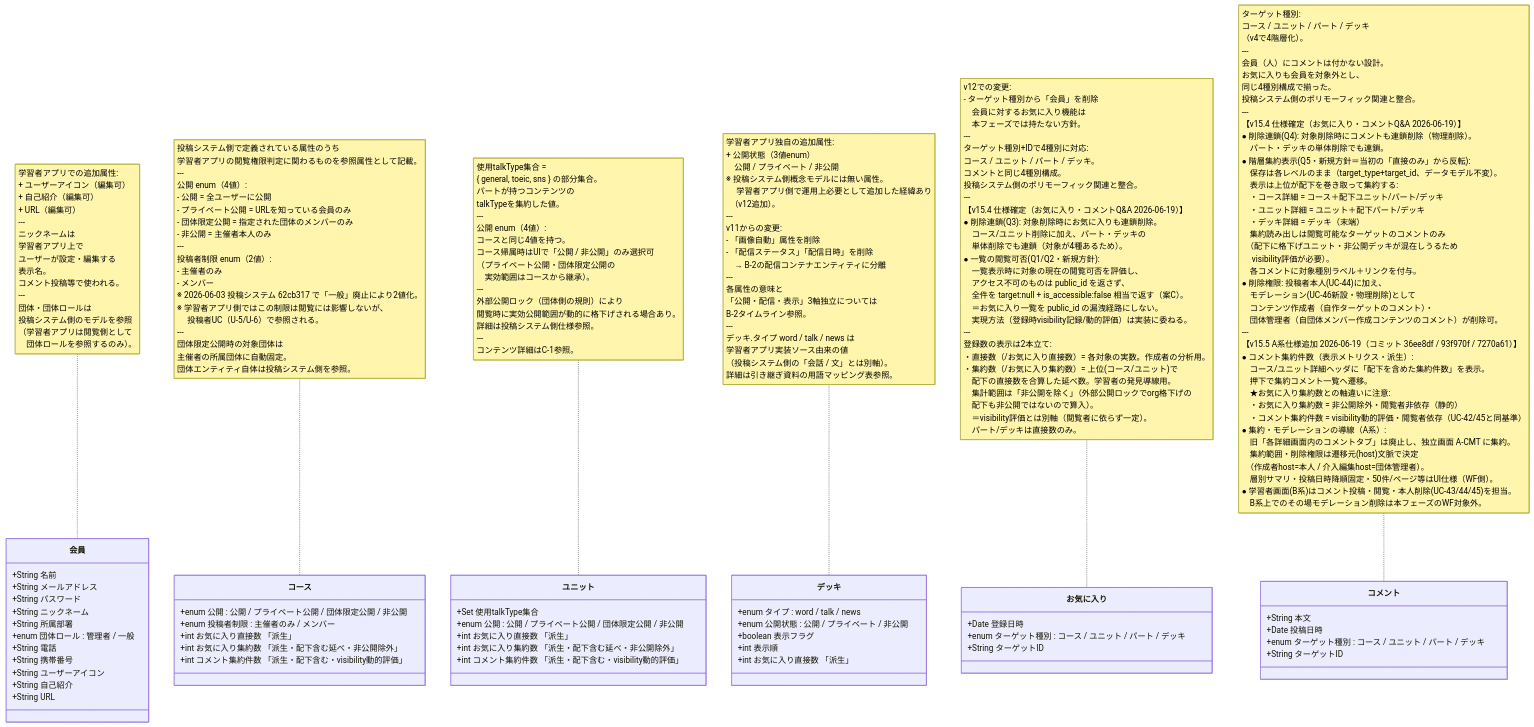
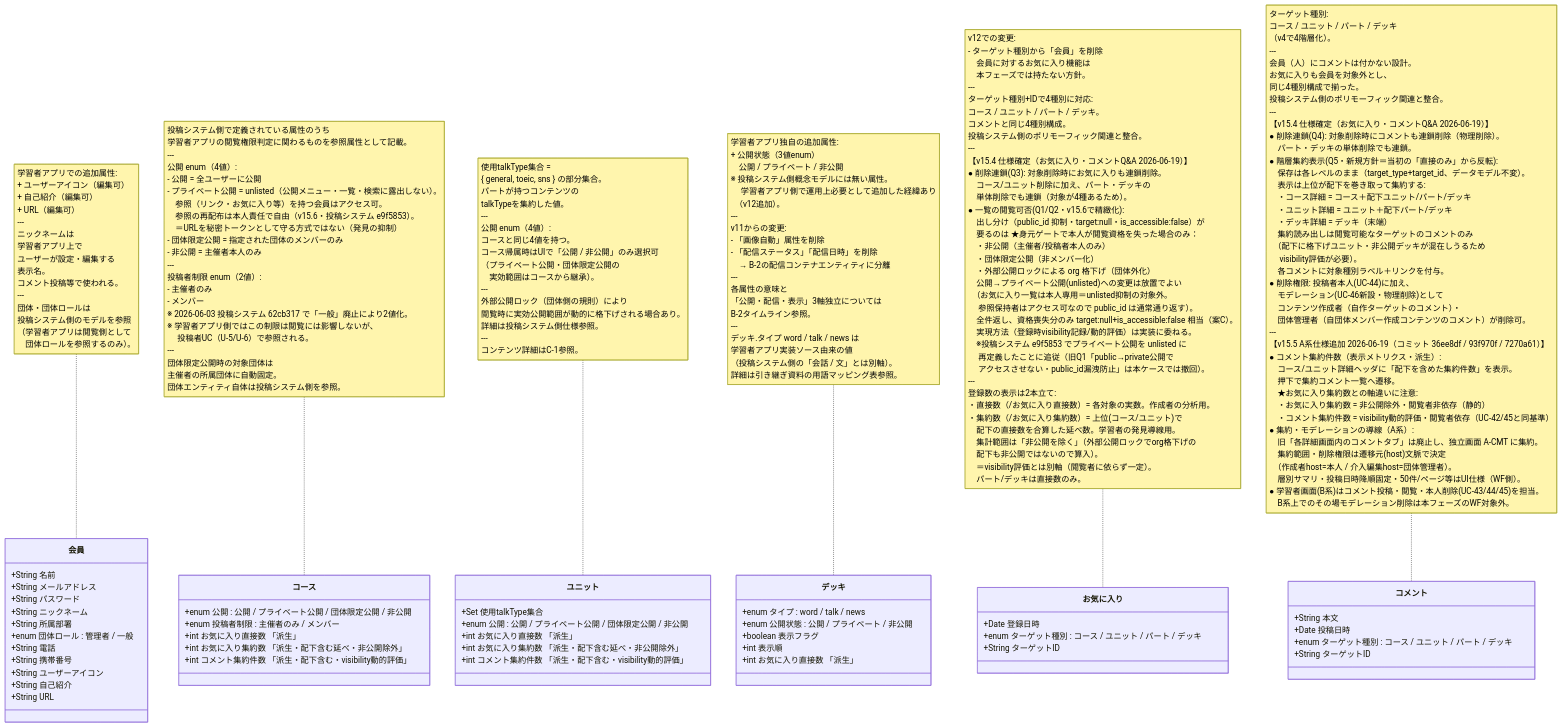
One commit to topicmaker-git/Pages changed the diagram in choi/学習者アプリ_概念モデル/学習者アプリ_概念モデル図_B0_既存エンティティ差分.mmd. Above: the diagram before and after it, drawn with Mermaid. The commit also changed 8 other files, not shown here.

```diff
--- a/choi/学習者アプリ_概念モデル/学習者アプリ_概念モデル図_B0_既存エンティティ差分.mmd
+++ b/choi/学習者アプリ_概念モデル/学習者アプリ_概念モデル図_B0_既存エンティティ差分.mmd
@@ -1,65 +1,65 @@
 classDiagram
 direction TB
 
 class 会員 {
     +String 名前
     +String メールアドレス
     +String パスワード
     +String ニックネーム
     +String 所属部署
     +enum 団体ロール : 管理者 / 一般
     +String 電話
     +String 携帯番号
     +String ユーザーアイコン
     +String 自己紹介
     +String URL
 }
 
 class コース {
     +enum 公開 : 公開 / プライベート公開 / 団体限定公開 / 非公開
     +enum 投稿者制限 : 主催者のみ / メンバー
     +int お気に入り直接数 「派生」
     +int お気に入り集約数 「派生・配下含む延べ・非公開除外」
     +int コメント集約件数 「派生・配下含む・visibility動的評価」
 }
 
 class ユニット {
     +Set 使用talkType集合
     +enum 公開 : 公開 / プライベート公開 / 団体限定公開 / 非公開
     +int お気に入り直接数 「派生」
     +int お気に入り集約数 「派生・配下含む延べ・非公開除外」
     +int コメント集約件数 「派生・配下含む・visibility動的評価」
 }
 
 class デッキ {
     +enum タイプ : word / talk / news
     +enum 公開状態 : 公開 / プライベート / 非公開
     +boolean 表示フラグ
     +int 表示順
     +int お気に入り直接数 「派生」
 }
 
 class お気に入り {
     +Date 登録日時
     +enum ターゲット種別 : コース / ユニット / パート / デッキ
     +String ターゲットID
 }
 
 class コメント {
     +String 本文
     +Date 投稿日時
     +enum ターゲット種別 : コース / ユニット / パート / デッキ
     +String ターゲットID
 }
 
 note for 会員 "学習者アプリでの追加属性:<br>+ ユーザーアイコン（編集可）<br>+ 自己紹介（編集可）<br>+ URL（編集可）<br>---<br>ニックネームは<br>学習者アプリ上で<br>ユーザーが設定・編集する<br>表示名。<br>コメント投稿等で使われる。<br>---<br>団体・団体ロールは<br>投稿システム側のモデルを参照<br>（学習者アプリは閲覧側として<br>　団体ロールを参照するのみ）。"
 
-note for コース "投稿システム側で定義されている属性のうち<br>学習者アプリの閲覧権限判定に関わるものを参照属性として記載。<br>---<br>公開 enum（4値）:<br>- 公開 = 全ユーザーに公開<br>- プライベート公開 = URLを知っている会員のみ<br>- 団体限定公開 = 指定された団体のメンバーのみ<br>- 非公開 = 主催者本人のみ<br>---<br>投稿者制限 enum（2値）:<br>- 主催者のみ<br>- メンバー<br>※ 2026-06-03 投稿システム 62cb317 で「一般」廃止により2値化。<br>※ 学習者アプリ側ではこの制限は閲覧には影響しないが、<br>　 投稿者UC（U-5/U-6）で参照される。<br>---<br>団体限定公開時の対象団体は<br>主催者の所属団体に自動固定。<br>団体エンティティ自体は投稿システム側を参照。"
+note for コース "投稿システム側で定義されている属性のうち<br>学習者アプリの閲覧権限判定に関わるものを参照属性として記載。<br>---<br>公開 enum（4値）:<br>- 公開 = 全ユーザーに公開<br>- プライベート公開 = unlisted（公開メニュー・一覧・検索に露出しない）。<br>　参照（リンク・お気に入り等）を持つ会員はアクセス可。<br>　参照の再配布は本人責任で自由（v15.6・投稿システム e9f5853）。<br>　＝URLを秘密トークンとして守る方式ではない（発見の抑制）<br>- 団体限定公開 = 指定された団体のメンバーのみ<br>- 非公開 = 主催者本人のみ<br>---<br>投稿者制限 enum（2値）:<br>- 主催者のみ<br>- メンバー<br>※ 2026-06-03 投稿システム 62cb317 で「一般」廃止により2値化。<br>※ 学習者アプリ側ではこの制限は閲覧には影響しないが、<br>　 投稿者UC（U-5/U-6）で参照される。<br>---<br>団体限定公開時の対象団体は<br>主催者の所属団体に自動固定。<br>団体エンティティ自体は投稿システム側を参照。"
 
 note for ユニット "使用talkType集合 =<br>{ general, toeic, sns } の部分集合。<br>パートが持つコンテンツの<br>talkTypeを集約した値。<br>---<br>公開 enum（4値）:<br>コースと同じ4値を持つ。<br>コース帰属時はUIで「公開 / 非公開」のみ選択可<br>（プライベート公開・団体限定公開の<br>　実効範囲はコースから継承）。<br>---<br>外部公開ロック（団体側の規則）により<br>閲覧時に実効公開範囲が動的に格下げされる場合あり。<br>詳細は投稿システム側仕様参照。<br>---<br>コンテンツ詳細はC-1参照。"
 
 note for デッキ "学習者アプリ独自の追加属性:<br>+ 公開状態（3値enum）<br>　公開 / プライベート / 非公開<br>※ 投稿システム側概念モデルには無い属性。<br>　 学習者アプリ側で運用上必要として追加した経緯あり<br>　（v12追加）。<br>---<br>v11からの変更:<br>- 「画像自動」属性を削除<br>- 「配信ステータス」「配信日時」を削除<br>　→ B-2の配信コンテナエンティティに分離<br>---<br>各属性の意味と<br>「公開・配信・表示」3軸独立については<br>B-2タイムライン参照。<br>---<br>デッキ.タイプ word / talk / news は<br>学習者アプリ実装ソース由来の値<br>（投稿システム側の「会話 / 文」とは別軸）。<br>詳細は引き継ぎ資料の用語マッピング表参照。"
 
-note for お気に入り "v12での変更:<br>- ターゲット種別から「会員」を削除<br>　会員に対するお気に入り機能は<br>　本フェーズでは持たない方針。<br>---<br>ターゲット種別+IDで4種別に対応:<br>コース / ユニット / パート / デッキ。<br>コメントと同じ4種別構成。<br>投稿システム側のポリモーフィック関連と整合。<br>---<br>【v15.4 仕様確定（お気に入り・コメントQ&A 2026-06-19）】<br>● 削除連鎖(Q3): 対象削除時にお気に入りも連鎖削除。<br>　コース/ユニット削除に加え、パート・デッキの<br>　単体削除でも連鎖（対象が4種あるため）。<br>● 一覧の閲覧可否(Q1/Q2・新規方針):<br>　一覧表示時に対象の現在の閲覧可否を評価し、<br>　アクセス不可のものは public_id を返さず、<br>　全件を target:null + is_accessible:false 相当で返す（案C）。<br>　＝お気に入り一覧を public_id の漏洩経路にしない。<br>　実現方法（登録時visibility記録/動的評価）は実装に委ねる。<br>---<br>登録数の表示は2本立て:<br>・直接数（/お気に入り直接数）= 各対象の実数。作成者の分析用。<br>・集約数（/お気に入り集約数）= 上位(コース/ユニット)で<br>　配下の直接数を合算した延べ数。学習者の発見導線用。<br>　集計範囲は「非公開を除く」（外部公開ロックでorg格下げの<br>　配下も非公開ではないので算入）。<br>　＝visibility評価とは別軸（閲覧者に依らず一定）。<br>　パート/デッキは直接数のみ。"
+note for お気に入り "v12での変更:<br>- ターゲット種別から「会員」を削除<br>　会員に対するお気に入り機能は<br>　本フェーズでは持たない方針。<br>---<br>ターゲット種別+IDで4種別に対応:<br>コース / ユニット / パート / デッキ。<br>コメントと同じ4種別構成。<br>投稿システム側のポリモーフィック関連と整合。<br>---<br>【v15.4 仕様確定（お気に入り・コメントQ&A 2026-06-19）】<br>● 削除連鎖(Q3): 対象削除時にお気に入りも連鎖削除。<br>　コース/ユニット削除に加え、パート・デッキの<br>　単体削除でも連鎖（対象が4種あるため）。<br>● 一覧の閲覧可否(Q1/Q2・v15.6で精緻化):<br>　出し分け（public_id 抑制・target:null・is_accessible:false）が<br>　要るのは ★身元ゲートで本人が閲覧資格を失った場合のみ：<br>　・非公開（主催者/投稿者本人のみ）<br>　・団体限定公開（非メンバー化）<br>　・外部公開ロックによる org 格下げ（団体外化）<br>　公開→プライベート公開(unlisted)への変更は放置でよい<br>　（お気に入り一覧は本人専用＝unlisted抑制の対象外。<br>　 参照保持者はアクセス可なので public_id は通常通り返す）。<br>　全件返し、資格喪失分のみ target:null+is_accessible:false 相当（案C）。<br>　実現方法（登録時visibility記録/動的評価）は実装に委ねる。<br>　※投稿システム e9f5853 でプライベート公開を unlisted に<br>　 再定義したことに追従（旧Q1「public→private公開で<br>　 アクセスさせない・public_id漏洩防止」は本ケースでは撤回）。<br>---<br>登録数の表示は2本立て:<br>・直接数（/お気に入り直接数）= 各対象の実数。作成者の分析用。<br>・集約数（/お気に入り集約数）= 上位(コース/ユニット)で<br>　配下の直接数を合算した延べ数。学習者の発見導線用。<br>　集計範囲は「非公開を除く」（外部公開ロックでorg格下げの<br>　配下も非公開ではないので算入）。<br>　＝visibility評価とは別軸（閲覧者に依らず一定）。<br>　パート/デッキは直接数のみ。"
 
 note for コメント "ターゲット種別:<br>コース / ユニット / パート / デッキ<br>（v4で4階層化）。<br>---<br>会員（人）にコメントは付かない設計。<br>お気に入りも会員を対象外とし、<br>同じ4種別構成で揃った。<br>投稿システム側のポリモーフィック関連と整合。<br>---<br>【v15.4 仕様確定（お気に入り・コメントQ&A 2026-06-19）】<br>● 削除連鎖(Q4): 対象削除時にコメントも連鎖削除（物理削除）。<br>　パート・デッキの単体削除でも連鎖。<br>● 階層集約表示(Q5・新規方針＝当初の「直接のみ」から反転):<br>　保存は各レベルのまま（target_type+target_id、データモデル不変）。<br>　表示は上位が配下を巻き取って集約する:<br>　・コース詳細 = コース＋配下ユニット/パート/デッキ<br>　・ユニット詳細 = ユニット＋配下パート/デッキ<br>　・デッキ詳細 = デッキ（末端）<br>　集約読み出しは閲覧可能なターゲットのコメントのみ<br>　（配下に格下げユニット・非公開デッキが混在しうるため<br>　 visibility評価が必要）。<br>　各コメントに対象種別ラベル＋リンクを付与。<br>● 削除権限: 投稿者本人(UC-44)に加え、<br>　モデレーション(UC-46新設・物理削除)として<br>　コンテンツ作成者（自作ターゲットのコメント）・<br>　団体管理者（自団体メンバー作成コンテンツのコメント）が削除可。<br>---<br>【v15.5 A系仕様追加 2026-06-19（コミット 36ee8df / 93f970f / 7270a61）】<br>● コメント集約件数（表示メトリクス・派生）:<br>　コース/ユニット詳細ヘッダに「配下を含めた集約件数」を表示。<br>　押下で集約コメント一覧へ遷移。<br>　★お気に入り集約数との軸違いに注意:<br>　・お気に入り集約数 = 非公開除外・閲覧者非依存（静的）<br>　・コメント集約件数 = visibility動的評価・閲覧者依存（UC-42/45と同基準）<br>● 集約・モデレーションの導線（A系）:<br>　旧「各詳細画面内のコメントタブ」は廃止し、独立画面 A-CMT に集約。<br>　集約範囲・削除権限は遷移元(host)文脈で決定<br>　（作成者host=本人 / 介入編集host=団体管理者）。<br>　層別サマリ・投稿日時降順固定・50件/ページ等はUI仕様（WF側）。<br>● 学習者画面(B系)はコメント投稿・閲覧・本人削除(UC-43/44/45)を担当。<br>　B系上でのその場モデレーション削除は本フェーズのWF対象外。"
```
